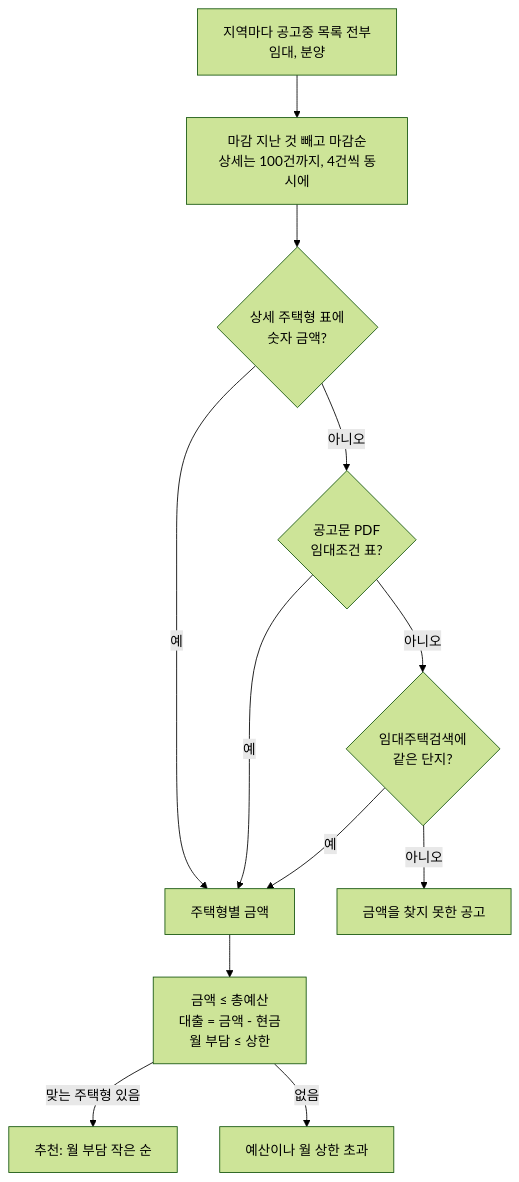
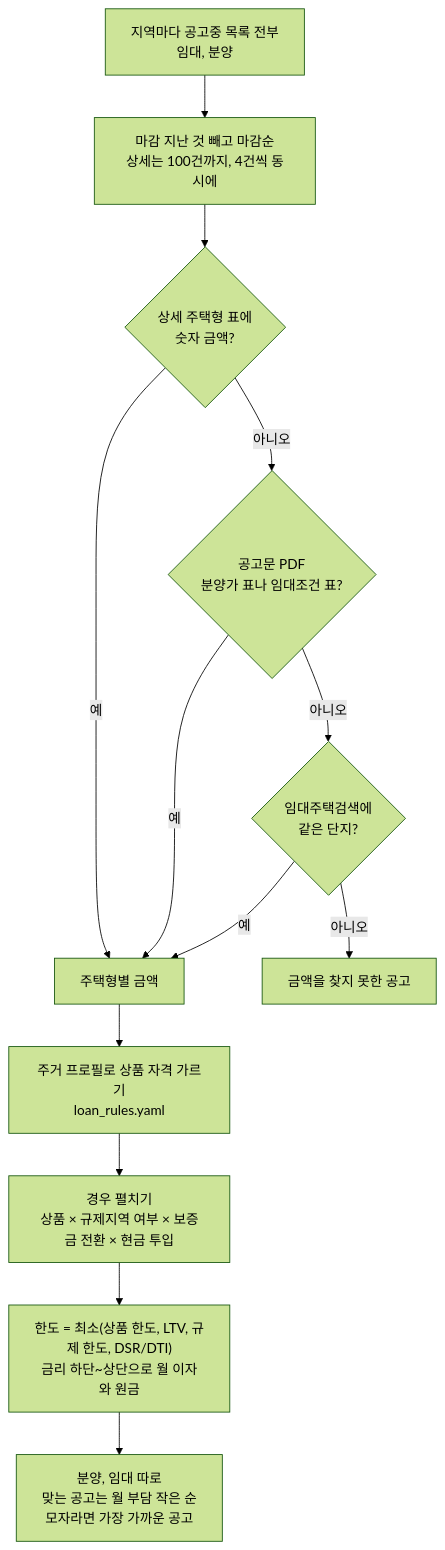
Before and after one commit to ash-hun/jarvis-agent: the second of 3 diagrams in website/docs/agents/karen/housing.md, drawn with Mermaid (forest theme). The commit also changed other lines of this file and 29 other files, not shown here.

````diff
--- a/website/docs/agents/karen/housing.md
+++ b/website/docs/agents/karen/housing.md
@@ -76,14 +81,15 @@
 ```mermaid
 flowchart TD
   A[지역마다 공고중 목록 전부<br/>임대, 분양] --> B[마감 지난 것 빼고 마감순<br/>상세는 100건까지, 4건씩 동시에]
   B --> C{상세 주택형 표에<br/>숫자 금액?}
   C -->|예| P[주택형별 금액]
-  C -->|아니오| D{공고문 PDF<br/>임대조건 표?}
+  C -->|아니오| D{공고문 PDF<br/>분양가 표나 임대조건 표?}
   D -->|예| P
   D -->|아니오| E{임대주택검색에<br/>같은 단지?}
   E -->|예| P
   E -->|아니오| U[금액을 찾지 못한 공고]
-  P --> F[금액 ≤ 총예산<br/>대출 = 금액 - 현금<br/>월 부담 ≤ 상한]
-  F -->|맞는 주택형 있음| R[추천: 월 부담 작은 순]
-  F -->|없음| O[예산이나 월 상한 초과]
+  P --> G[주거 프로필로 상품 자격 가르기<br/>loan_rules.yaml]
+  G --> F["경우 펼치기<br/>상품 × 규제지역 여부 × 보증금 전환 × 현금 투입"]
+  F --> H["한도 = 최소(상품 한도, LTV, 규제 한도, DSR/DTI)<br/>금리 하단~상단으로 월 이자와 원금"]
+  H --> R[분양, 임대 따로<br/>맞는 공고는 월 부담 작은 순<br/>모자라면 가장 가까운 공고]
 ```
````
